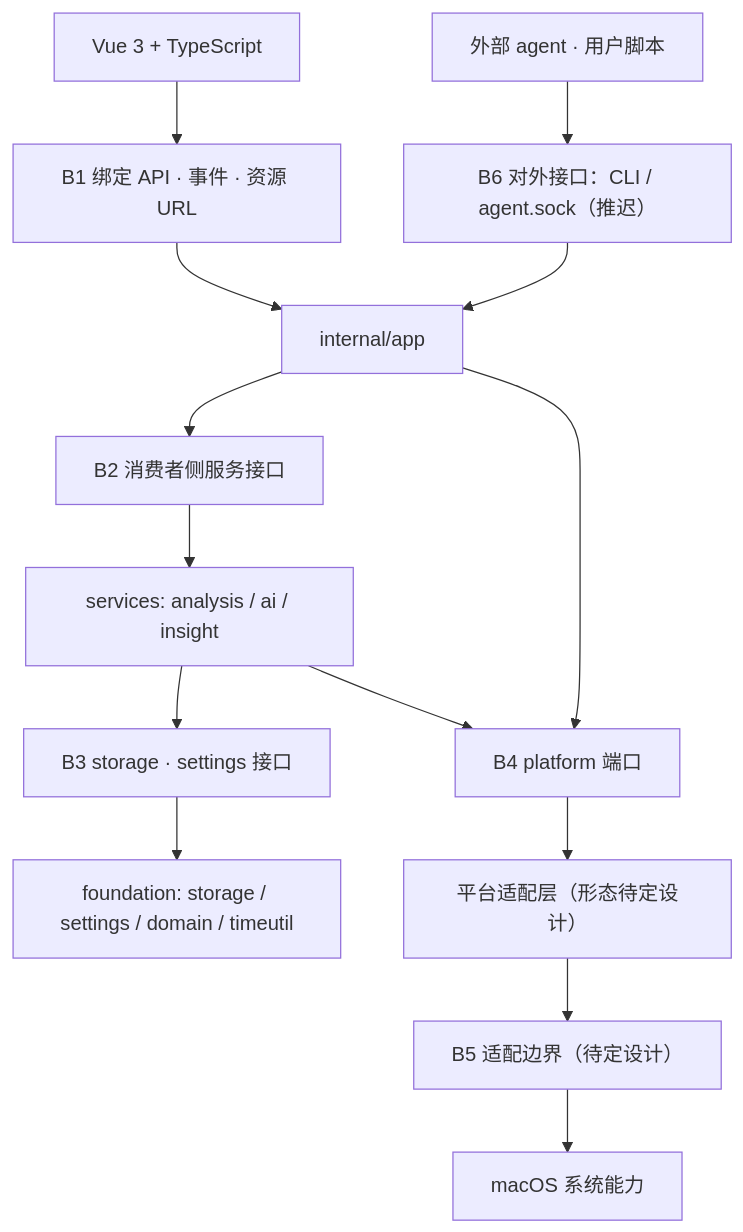
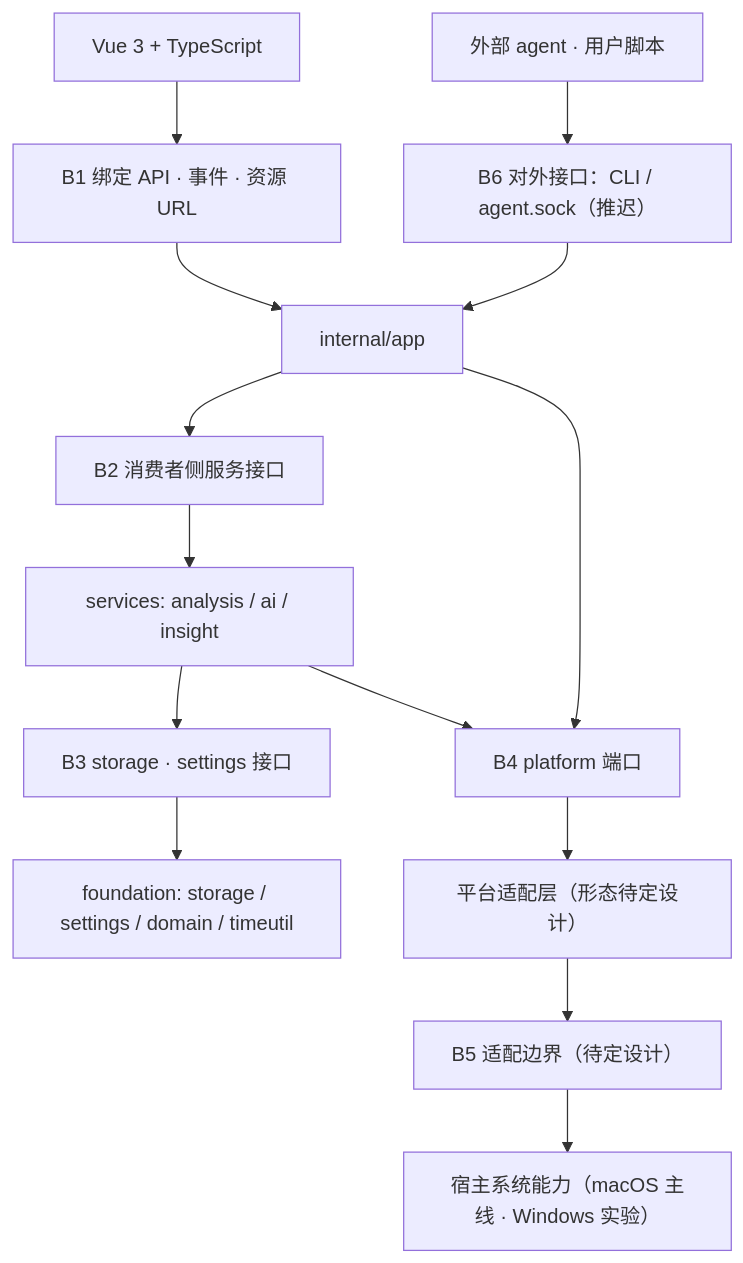
The diagram in docs/05-interface-contract.md (Jwz-git/Daygo), drawn with Mermaid before and after one commit. The commit also changed other lines of this file and 22 other files, not shown here.

````diff
--- a/docs/05-interface-contract.md
+++ b/docs/05-interface-contract.md
@@ -28,24 +32,24 @@
 ```mermaid
 flowchart TD
     VUE["Vue 3 + TypeScript"]
     B1["B1 绑定 API · 事件 · 资源 URL"]
     APPL["internal/app"]
     B2["B2 消费者侧服务接口"]
     SVC["services: analysis / ai / insight"]
     B3["B3 storage · settings 接口"]
     FOUND["foundation: storage / settings / domain / timeutil"]
     B4["B4 platform 端口"]
     ADAPT["平台适配层（形态待定设计）"]
     B5["B5 适配边界（待定设计）"]
-    OS["macOS 系统能力"]
+    OS["宿主系统能力（macOS 主线 · Windows 实验）"]
     B6["B6 对外接口：CLI / agent.sock（推迟）"]
     EXT["外部 agent · 用户脚本"]
 
     VUE --> B1 --> APPL
     APPL --> B2 --> SVC
     SVC --> B3 --> FOUND
     SVC --> B4
     APPL --> B4
     B4 --> ADAPT --> B5 --> OS
     EXT --> B6 --> APPL
 ```
````
